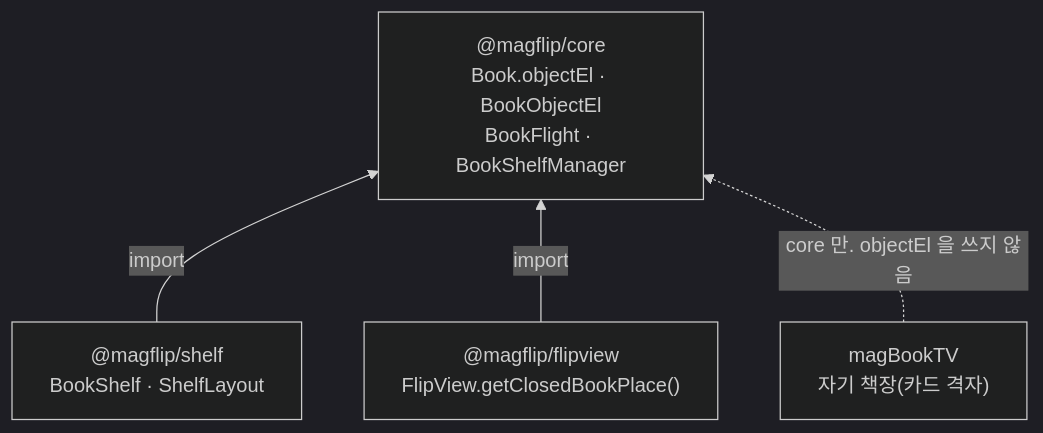
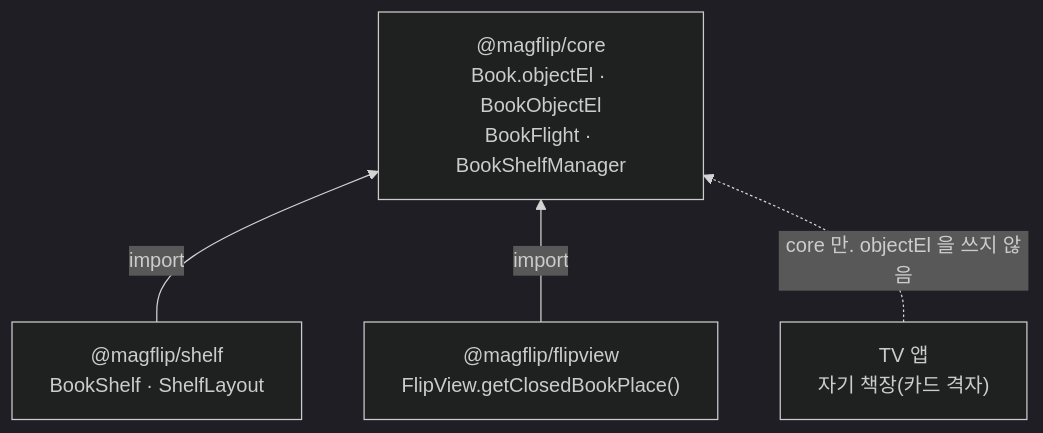
The first of 4 diagrams in guide/dev/book-object.md (i486magzog/magFlip), drawn with Mermaid (dark theme) before and after one commit. The commit also changed 37 other files, not shown here.

````diff
--- a/guide/dev/book-object.md
+++ b/guide/dev/book-object.md
@@ -22,10 +22,10 @@
 ```mermaid
 flowchart BT
   core["@magflip/core<br/>Book.objectEl · BookObjectEl<br/>BookFlight · BookShelfManager"]
   shelf["@magflip/shelf<br/>BookShelf · ShelfLayout"]
   flip["@magflip/flipview<br/>FlipView.getClosedBookPlace()"]
-  tv["magBookTV<br/>자기 책장(카드 격자)"]
+  tv["TV 앱<br/>자기 책장(카드 격자)"]
   shelf -->|import| core
   flip -->|import| core
   tv -.->|core 만. objectEl 을 쓰지 않음| core
 ```
````
